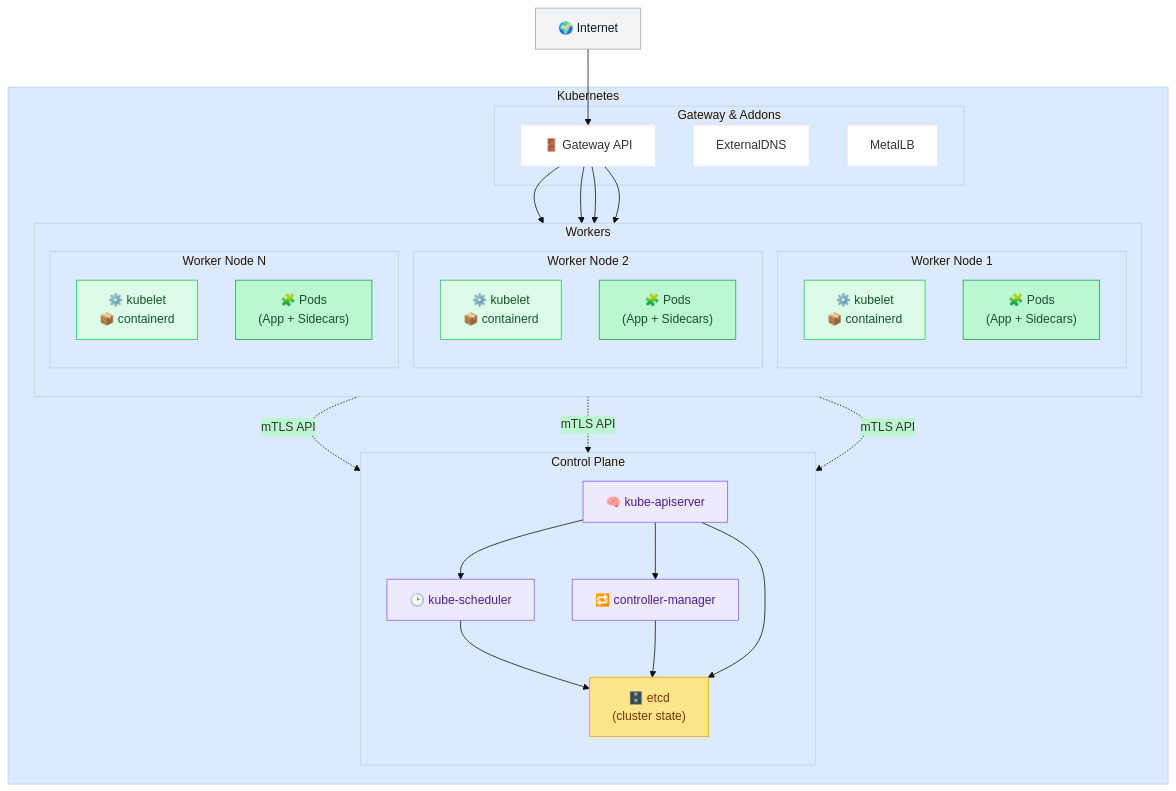
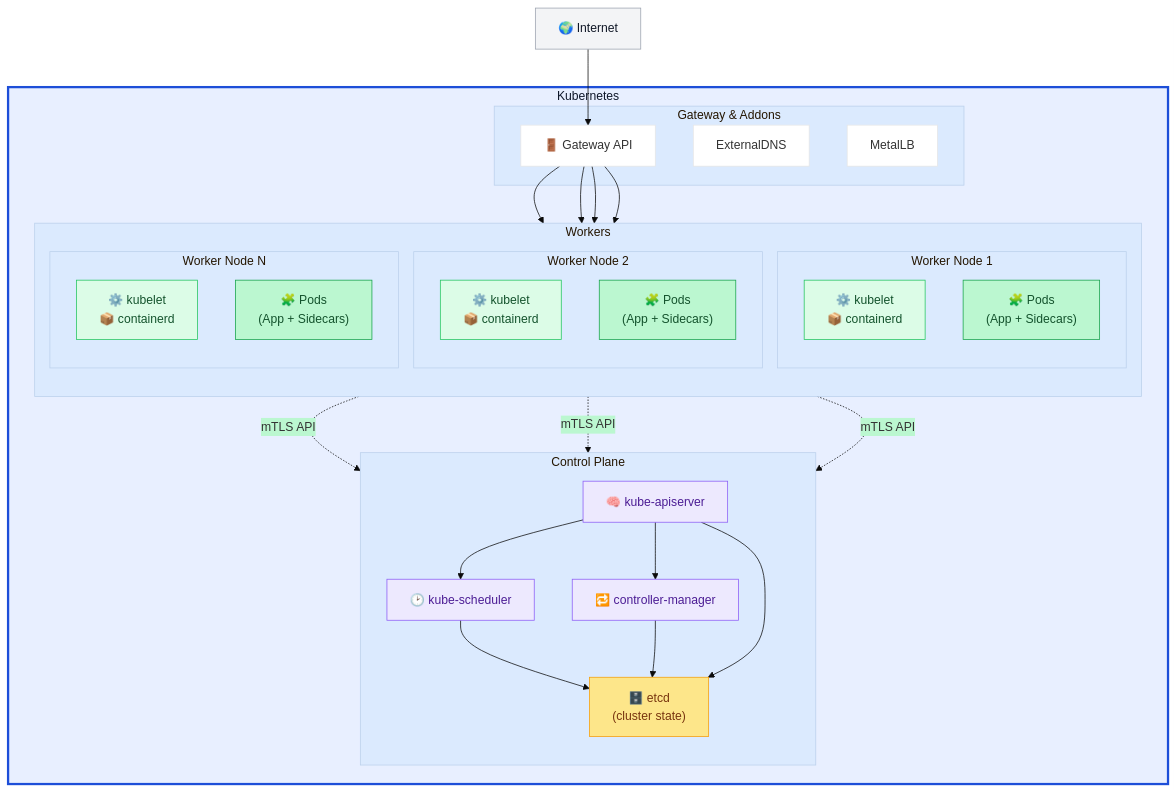
The diagram in schemas/k8s-architecture.mmd (kakwa/technically), drawn with Mermaid before and after one commit.

```diff
--- a/schemas/k8s-architecture.mmd
+++ b/schemas/k8s-architecture.mmd
@@ -1,97 +1,96 @@
 ---
 config:
   theme: 'base'
   themeVariables:
     primaryColor: '#fff'
     tertiaryColor: '#dbeafe'
     secondaryColor: '#bbf7d0'
 ---
 
 flowchart TB
 
     %% ========== STYLES ==========
     classDef internet fill:#f3f4f6,stroke:#9ca3af,color:#111827
     classDef gateway fill:#dbeafe,stroke:#3b82f6,color:#1e3a8a
     classDef worker fill:#dcfce7,stroke:#22c55e,color:#14532d
     classDef pod fill:#bbf7d0,stroke:#16a34a,color:#14532d
     classDef control fill:#ede9fe,stroke:#8b5cf6,color:#4c1d95
     classDef etcd fill:#fde68a,stroke:#f59e0b,color:#78350f
-    classDef k8s fill:#f3f4f6,stroke:#9ca3af,color:#111827
 
     %% ========== INTERNET ==========
     Internet["🌍 Internet"]
     class Internet internet
 
     subgraph K8S["`Kubernetes`"]
-    class K8S k8s
     %% ========== GATEWAY ==========
     subgraph AddOns["`Gateway & Addons`"]
         Gateway["🚪 Gateway API"]
         ExternalDNS["ExternalDNS"]
         MetalLB["MetalLB"]
     end
 
     %% ========== WORKER RUNTIME ==========
     subgraph Runtime["`Workers`"]
         direction TB
 
         subgraph W1["Worker Node 1"]
             W1_stack["⚙️ kubelet\n📦 containerd"]
             W1_pods["🧩 Pods\n(App + Sidecars)"]
             class W1_stack worker
             class W1_pods pod
         end
 
         subgraph W2["Worker Node 2"]
             W2_stack["⚙️ kubelet\n📦 containerd"]
             W2_pods["🧩 Pods\n(App + Sidecars)"]
             class W2_stack worker
             class W2_pods pod
         end
 
         subgraph WN["Worker Node N"]
             WN_stack["⚙️ kubelet\n📦 containerd"]
             WN_pods["🧩 Pods\n(App + Sidecars)"]
             class WN_stack worker
             class WN_pods pod
         end
     end
 
     %% ========== CONTROL PLANE ==========
     subgraph ControlPlane["`Control Plane`"]
         direction TB
 
-        API["🧠 kube-apiserver"]
+        KAS["🧠 kube-apiserver"]
         Scheduler["🕑 kube-scheduler"]
         Controller["🔁 controller-manager"]
         Etcd["🗄️ etcd\n(cluster state)"]
 
-        class API control
+        class KAS control
         class Scheduler control
         class Controller control
         class Etcd etcd
     end
-    class K8S k8s
     end
 
+    %% Outer cluster frame: style applies to the subgraph box (classDef is unreliable on subgraphs)
+    style K8S fill:#e8efff,stroke:#1d4ed8,stroke-width:3px,color:#0f172a
 
     %% ========== FLOWS ==========
     Internet --> Gateway
     Gateway --> Runtime
 
     %% Gateway to pods
     Gateway --> W1_pods
     Gateway --> W2_pods
     Gateway --> WN_pods
 
     %% Control plane communication
-    W1_stack -. "mTLS API" .-> API
-    W2_stack -. "mTLS API" .-> API
-    WN_stack -. "mTLS API" .-> API
+    W1_stack -. "mTLS API" .-> KAS
+    W2_stack -. "mTLS API" .-> KAS
+    WN_stack -. "mTLS API" .-> KAS
 
     %% Control plane internals
-    API --> Scheduler
-    API --> Controller
+    KAS --> Scheduler
+    KAS --> Controller
     Scheduler --> Etcd
     Controller --> Etcd
-    API --> Etcd
+    KAS --> Etcd
```
